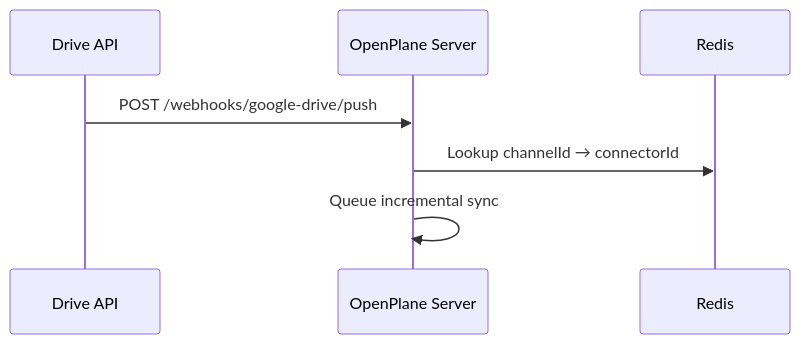
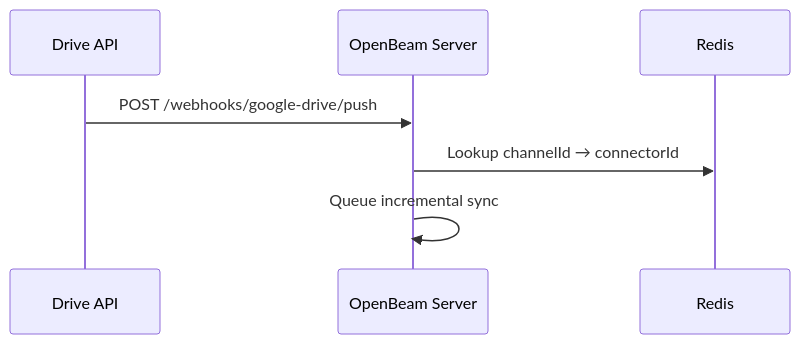
The fifth of 6 diagrams in apps/docs/content/docs/connectors/google-drive/real-time-sync.mdx (kuluruvineeth/openbeam), drawn with Mermaid before and after one commit. The commit also changed other lines of this file and 2527 other files, not shown here.

````diff
--- a/apps/docs/content/docs/connectors/google-drive/real-time-sync.mdx
+++ b/apps/docs/content/docs/connectors/google-drive/real-time-sync.mdx
@@ -160,10 +160,10 @@
 ```mermaid
 sequenceDiagram
     participant Drive as Drive API
-    participant Server as OpenPlane Server
+    participant Server as OpenBeam Server
     participant Redis as Redis
 
     Drive->>Server: POST /webhooks/google-drive/push
     Server->>Redis: Lookup channelId → connectorId
     Server->>Server: Queue incremental sync
 ```
````
